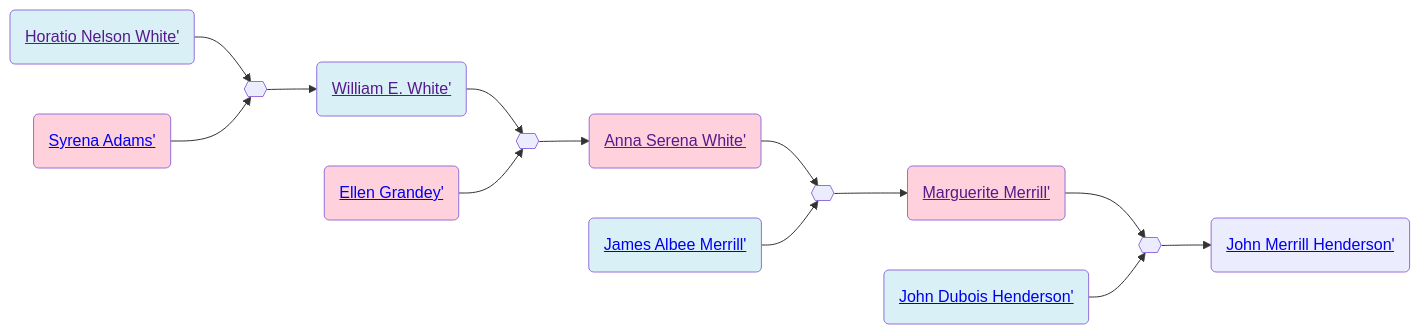
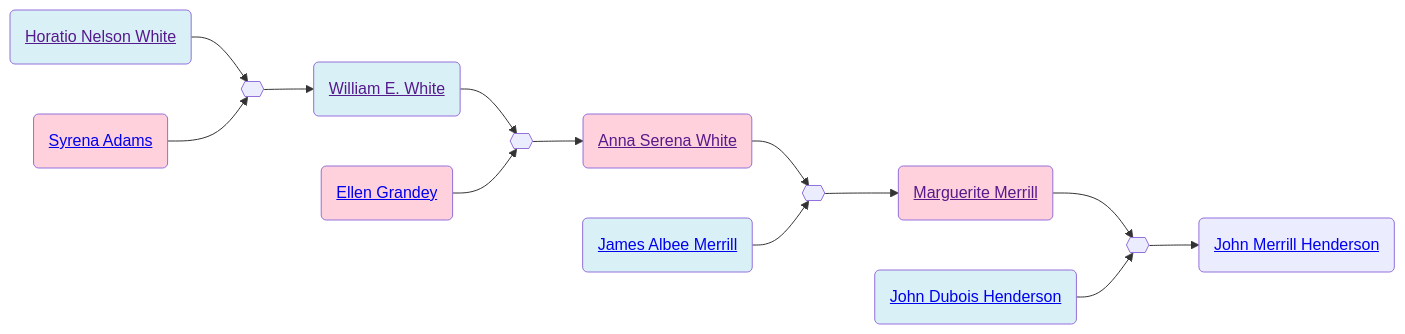
One commit to neelsmith/avocational changed the second of 2 diagrams in familyhistory/sources/people/Merrill-line/White-line/Horatio_Nelson_White.qmd. Above: the diagram before and after it, drawn with Mermaid. The commit also changed other lines of this file and 96 other files, not shown here.

````diff
--- a/familyhistory/sources/people/Merrill-line/White-line/Horatio_Nelson_White.qmd
+++ b/familyhistory/sources/people/Merrill-line/White-line/Horatio_Nelson_White.qmd
@@ -63,32 +63,32 @@
 ```{mermaid}
 graph LR
 %% LR descendant diagram
 class Horatio_Nelson_White_and_Syrena_Adams marriage
-Horatio_Nelson_White(<a href=''>Horatio Nelson White'</>) --> Horatio_Nelson_White_and_Syrena_Adams{{ }}
-Syrena_Adams(<a href='./Syrena_Adams.html'>Syrena Adams'</>) --> Horatio_Nelson_White_and_Syrena_Adams{{ }}
+Horatio_Nelson_White(<a href=''>Horatio Nelson White</a>) --> Horatio_Nelson_White_and_Syrena_Adams{{ }}
+Syrena_Adams(<a href='./Syrena_Adams.html'>Syrena Adams</a>) --> Horatio_Nelson_White_and_Syrena_Adams{{ }}
 class Horatio_Nelson_White father
 class Syrena_Adams mother
-Horatio_Nelson_White_and_Syrena_Adams{{ }} --> William_E._White(<a href='./William_E._White.html'>William E. White'</>)
+Horatio_Nelson_White_and_Syrena_Adams{{ }} --> William_E._White(<a href='./William_E._White.html'>William E. White</a>)
 class William_E._White_and_Ellen_Grandey marriage
-William_E._White(<a href=''>William E. White'</>) --> William_E._White_and_Ellen_Grandey{{ }}
-Ellen_Grandey(<a href='./../Grandey-line/Ellen_Grandey.html'>Ellen Grandey'</>) --> William_E._White_and_Ellen_Grandey{{ }}
+William_E._White(<a href=''>William E. White</a>) --> William_E._White_and_Ellen_Grandey{{ }}
+Ellen_Grandey(<a href='./../Grandey-line/Ellen_Grandey.html'>Ellen Grandey</a>) --> William_E._White_and_Ellen_Grandey{{ }}
 class William_E._White father
 class Ellen_Grandey mother
-William_E._White_and_Ellen_Grandey{{ }} --> Anna_Serena_White(<a href='./Anna_Serena_White.html'>Anna Serena White'</>)
+William_E._White_and_Ellen_Grandey{{ }} --> Anna_Serena_White(<a href='./Anna_Serena_White.html'>Anna Serena White</a>)
 class Anna_Serena_White_and_James_Albee_Merrill marriage
-Anna_Serena_White(<a href=''>Anna Serena White'</>) --> Anna_Serena_White_and_James_Albee_Merrill{{ }}
-James_Albee_Merrill(<a href='./../James_Albee_Merrill.html'>James Albee Merrill'</>) --> Anna_Serena_White_and_James_Albee_Merrill{{ }}
+Anna_Serena_White(<a href=''>Anna Serena White</a>) --> Anna_Serena_White_and_James_Albee_Merrill{{ }}
+James_Albee_Merrill(<a href='./../James_Albee_Merrill.html'>James Albee Merrill</a>) --> Anna_Serena_White_and_James_Albee_Merrill{{ }}
 class James_Albee_Merrill father
 class Anna_Serena_White mother
-Anna_Serena_White_and_James_Albee_Merrill{{ }} --> Marguerite_Merrill(<a href='./../Marguerite_Merrill.html'>Marguerite Merrill'</>)
+Anna_Serena_White_and_James_Albee_Merrill{{ }} --> Marguerite_Merrill(<a href='./../Marguerite_Merrill.html'>Marguerite Merrill</a>)
 class Marguerite_Merrill_and_John_Dubois_Henderson marriage
-Marguerite_Merrill(<a href=''>Marguerite Merrill'</>) --> Marguerite_Merrill_and_John_Dubois_Henderson{{ }}
-John_Dubois_Henderson(<a href='./../Henderson-line/John_Dubois_Henderson.html'>John Dubois Henderson'</>) --> Marguerite_Merrill_and_John_Dubois_Henderson{{ }}
+Marguerite_Merrill(<a href=''>Marguerite Merrill</a>) --> Marguerite_Merrill_and_John_Dubois_Henderson{{ }}
+John_Dubois_Henderson(<a href='./../Henderson-line/John_Dubois_Henderson.html'>John Dubois Henderson</a>) --> Marguerite_Merrill_and_John_Dubois_Henderson{{ }}
 class John_Dubois_Henderson father
 class Marguerite_Merrill mother
-Marguerite_Merrill_and_John_Dubois_Henderson{{ }} --> John_Merrill_Henderson(<a href='./../Henderson-line/John_Merrill_Henderson.html'>John Merrill Henderson'</>)
+Marguerite_Merrill_and_John_Dubois_Henderson{{ }} --> John_Merrill_Henderson(<a href='./../Henderson-line/John_Merrill_Henderson.html'>John Merrill Henderson</a>)
 classDef mother fill:#ffd1dc
 classDef father fill:#daf0f7  
 classDef marriage fill:#ffffff
 
 ```
````
